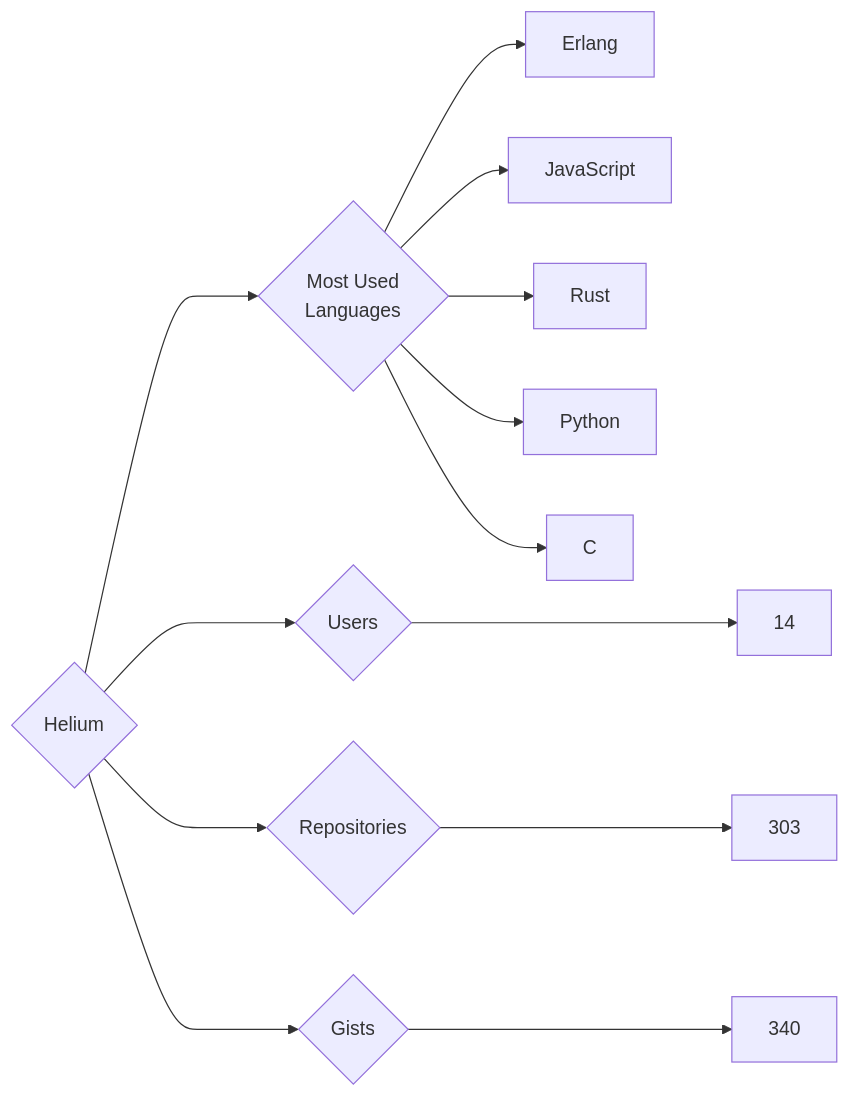
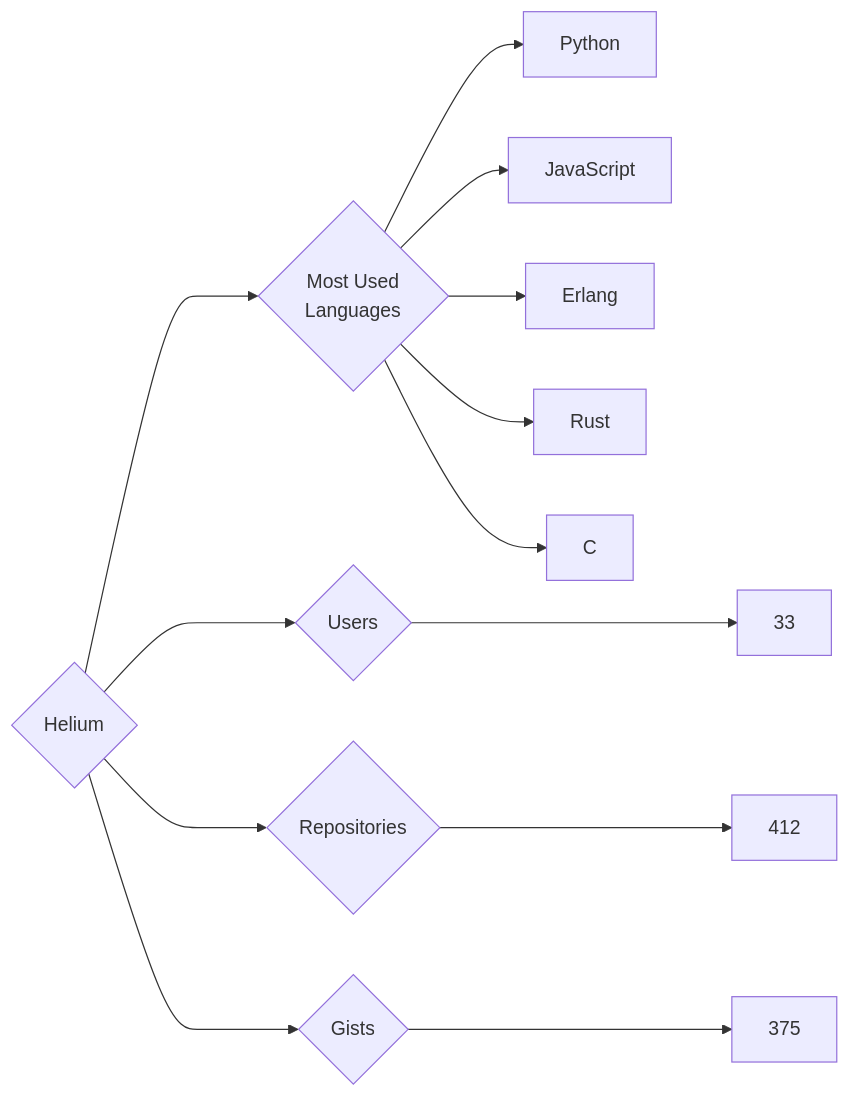
Before and after one commit to trickest/insiders: the diagram in targets/Helium/README.md, drawn with Mermaid. The commit also changed 823 other files, not shown here.

````diff
--- a/targets/Helium/README.md
+++ b/targets/Helium/README.md
@@ -3,13 +3,13 @@
 ```mermaid
 graph LR
 COMPANY_NAME{Helium}
-COMPANY_NAME ---> U{Users} ---> UN[14]
-COMPANY_NAME ---> R{Repositories} ---> RN[303]
-COMPANY_NAME ---> G{Gists} ---> GN[340]
+COMPANY_NAME ---> U{Users} ---> UN[33]
+COMPANY_NAME ---> R{Repositories} ---> RN[412]
+COMPANY_NAME ---> G{Gists} ---> GN[375]
 COMPANY_NAME ---> ML{Most Used<br>Languages}
+ML --> Python[Python]
+ML --> JavaScript[JavaScript]
 ML --> Erlang[Erlang]
-ML --> JavaScript[JavaScript]
 ML --> Rust[Rust]
-ML --> Python[Python]
 ML --> C[C]
 ```
````
